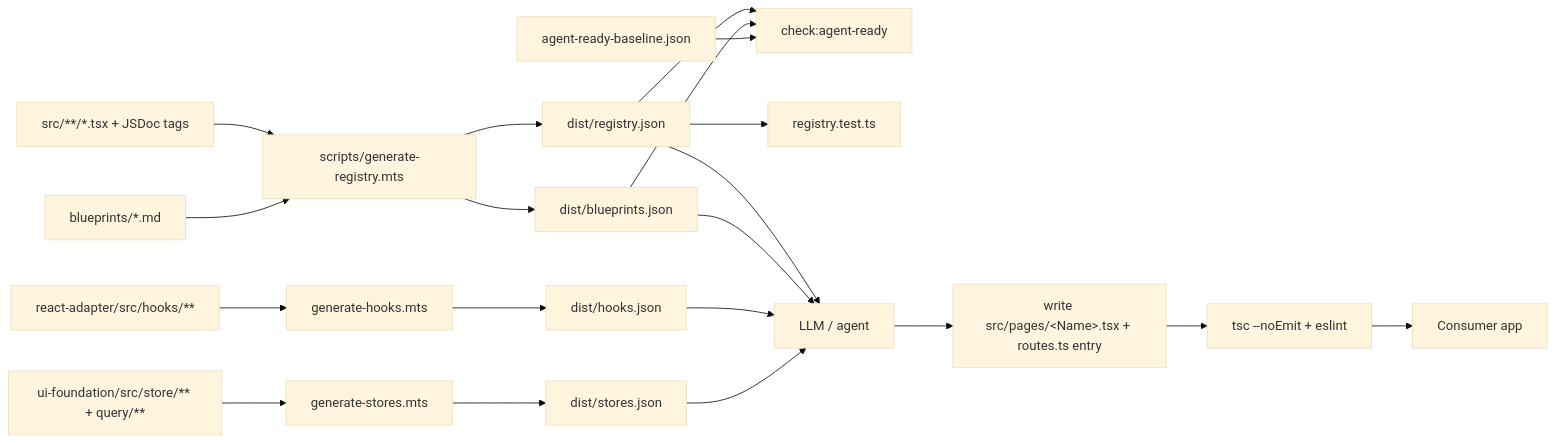
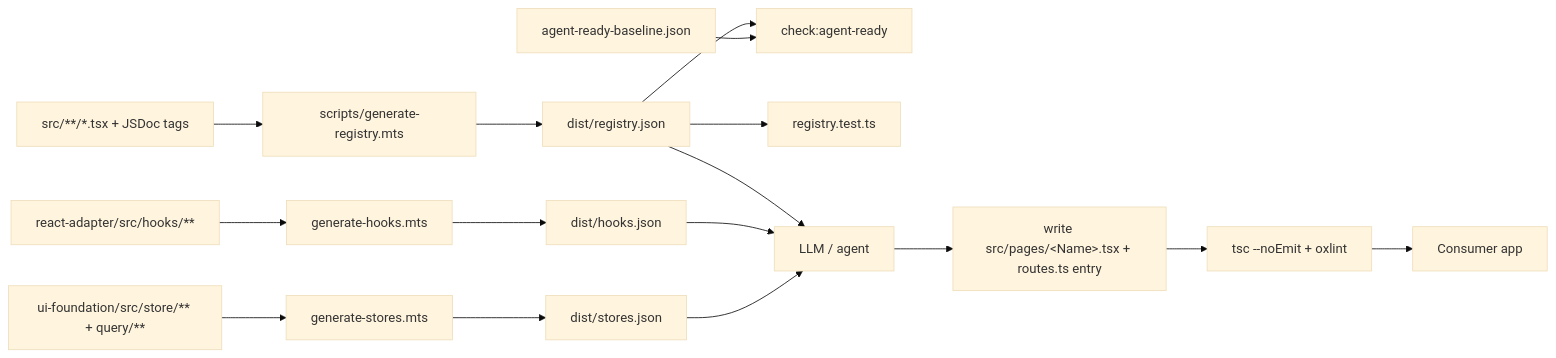
Before and after one commit to tekwani/mdk: the first of 2 diagrams in ui/docs/AGENT_FIRST.md, drawn with Mermaid (base theme). The commit also changed other lines of this file and 2410 other files, not shown here.

````diff
--- a/ui/docs/AGENT_FIRST.md
+++ b/ui/docs/AGENT_FIRST.md
@@ -57,39 +56,33 @@
 ```mermaid
 flowchart LR
   src["src/**/*.tsx + JSDoc tags"]
-  blueprintsMd["blueprints/*.md"]
   adapterSrc["react-adapter/src/hooks/**"]
   coreSrc["ui-foundation/src/store/** + query/**"]
   gen["scripts/generate-registry.mts"]
   genHooks["generate-hooks.mts"]
   genStores["generate-stores.mts"]
   reg["dist/registry.json"]
-  bp["dist/blueprints.json"]
   hooks["dist/hooks.json"]
   stores["dist/stores.json"]
   baseline["agent-ready-baseline.json"]
   check["check:agent-ready"]
   smoke["registry.test.ts"]
   agent["LLM / agent"]
   app["Consumer app"]
 
   src --> gen
-  blueprintsMd --> gen
   adapterSrc --> genHooks
   coreSrc --> genStores
   gen --> reg
-  gen --> bp
   genHooks --> hooks
   genStores --> stores
   reg --> check
-  bp --> check
   baseline --> check
   reg --> smoke
   reg --> agent
-  bp --> agent
   hooks --> agent
   stores --> agent
   agent --> scaffold["write src/pages/&lt;Name&gt;.tsx + routes.ts entry"]
-  scaffold --> verify["tsc --noEmit + eslint"]
+  scaffold --> verify["tsc --noEmit + oxlint"]
   verify --> app
 ```
````
